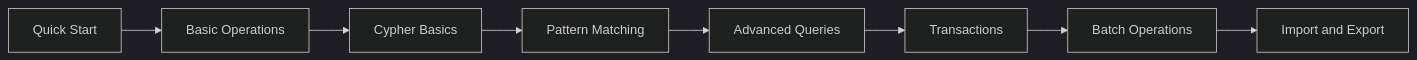
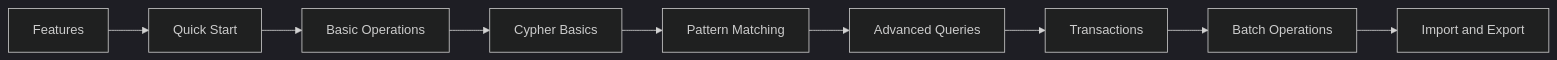
The first of 2 diagrams in docs/apps/docs/content/docs/en/zyx/user-guide/index.mdx (nexepic/zyx), drawn with Mermaid (dark theme) before and after one commit. The commit also changed other lines of this file and 19 other files, not shown here.

````diff
--- a/docs/apps/docs/content/docs/en/zyx/user-guide/index.mdx
+++ b/docs/apps/docs/content/docs/en/zyx/user-guide/index.mdx
@@ -34,10 +35,11 @@
 ```mermaid
 flowchart LR
-  A[Quick Start] --> B[Basic Operations]
+  Z[Features] --> A[Quick Start]
+  A --> B[Basic Operations]
   B --> C[Cypher Basics]
   C --> D[Pattern Matching]
   D --> E[Advanced Queries]
   E --> F[Transactions]
   F --> G[Batch Operations]
   G --> H[Import and Export]
 ```
````
